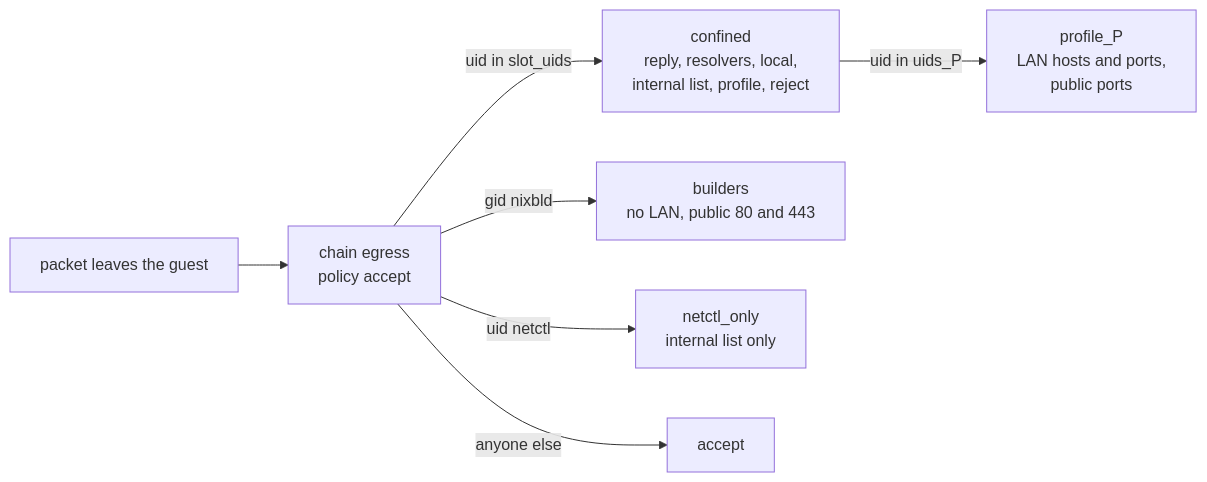
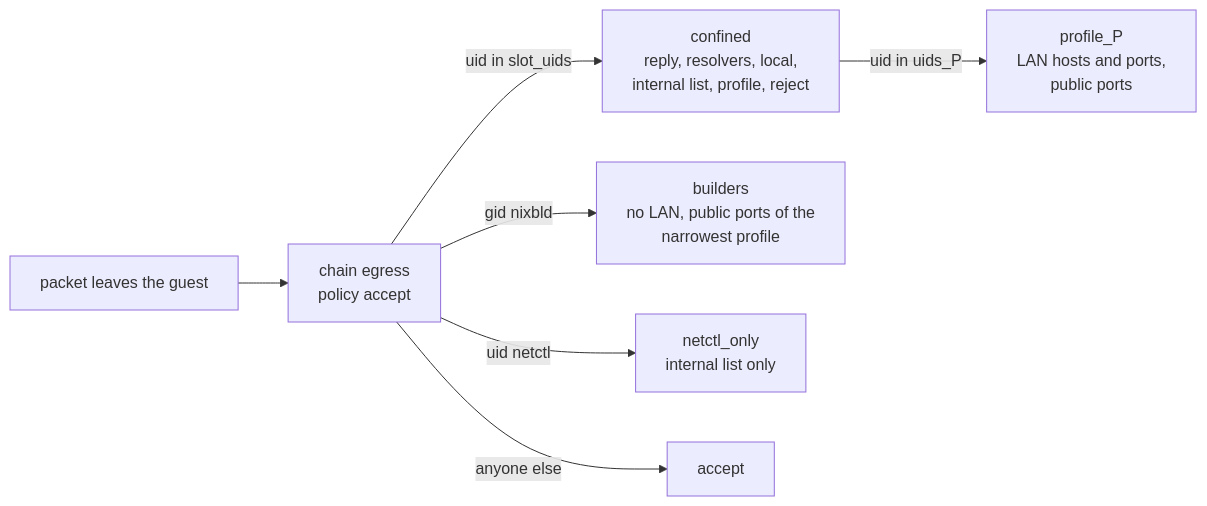
One commit to tenarches/nix-permafrost changed the fourth of 7 diagrams in docs/architecture.md. Above: the diagram before and after it, drawn with Mermaid. The commit also changed other lines of this file and 11 other files, not shown here.

````diff
--- a/docs/architecture.md
+++ b/docs/architecture.md
@@ -217,9 +217,9 @@
 ```mermaid
 graph LR
     OUT["packet leaves the guest"] --> E["chain egress<br/>policy accept"]
     E -->|"uid in slot_uids"| C["confined<br/>reply, resolvers, local,<br/>internal list, profile, reject"]
-    E -->|"gid nixbld"| B["builders<br/>no LAN, public 80 and 443"]
+    E -->|"gid nixbld"| B["builders<br/>no LAN, public ports of the<br/>narrowest profile"]
     E -->|"uid netctl"| N["netctl_only<br/>internal list only"]
     E -->|"anyone else"| A["accept"]
     C -->|"uid in uids_P"| P["profile_P<br/>LAN hosts and ports,<br/>public ports"]
 ```
````
